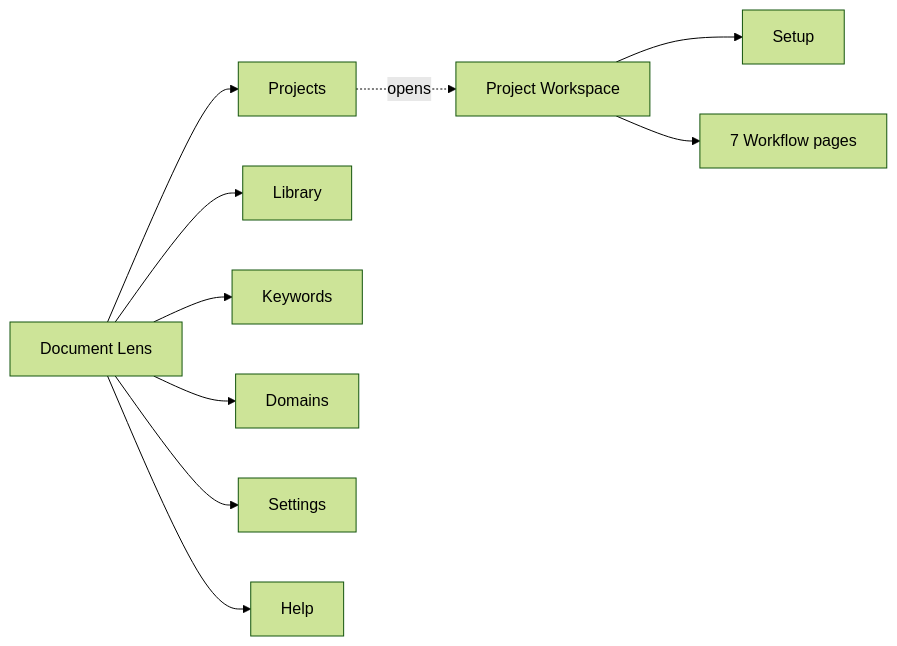
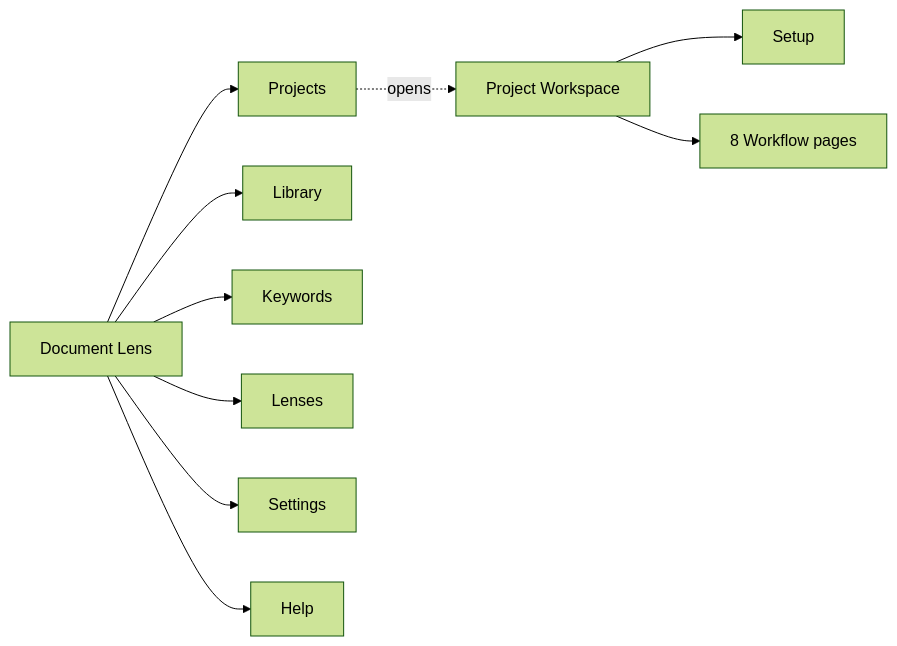
Before and after one commit to michael-borck/document-lens: the first of 2 diagrams in docs/design/information-architecture.md, drawn with Mermaid (forest theme). The commit also changed other lines of this file, not shown here.

````diff
--- a/docs/design/information-architecture.md
+++ b/docs/design/information-architecture.md
@@ -42,13 +57,13 @@
 ```mermaid
 graph LR
     A[Document Lens] --> B[Projects]
     A --> C[Library]
     A --> D[Keywords]
-    A --> E[Domains]
+    A --> E[Lenses]
     A --> F[Settings]
     A --> G[Help]
 
     B -.opens.-> H[Project Workspace]
     H --> I[Setup]
-    H --> J[7 Workflow pages]
+    H --> J[8 Workflow pages]
 ```
````
